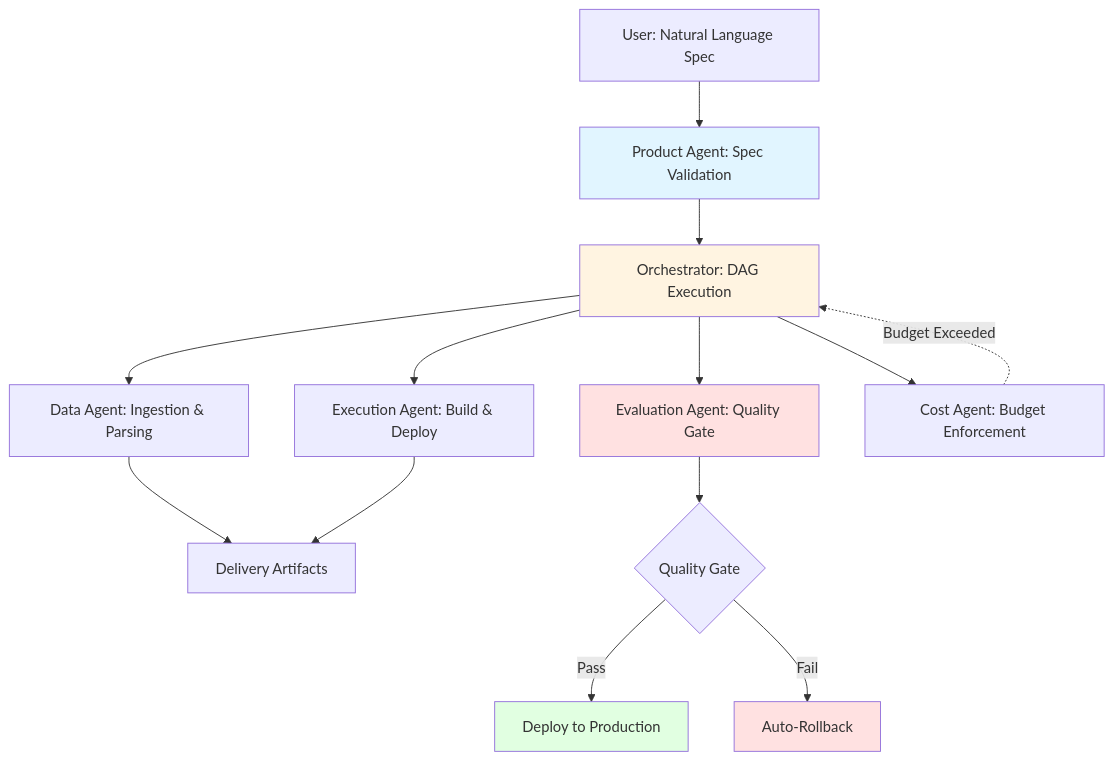
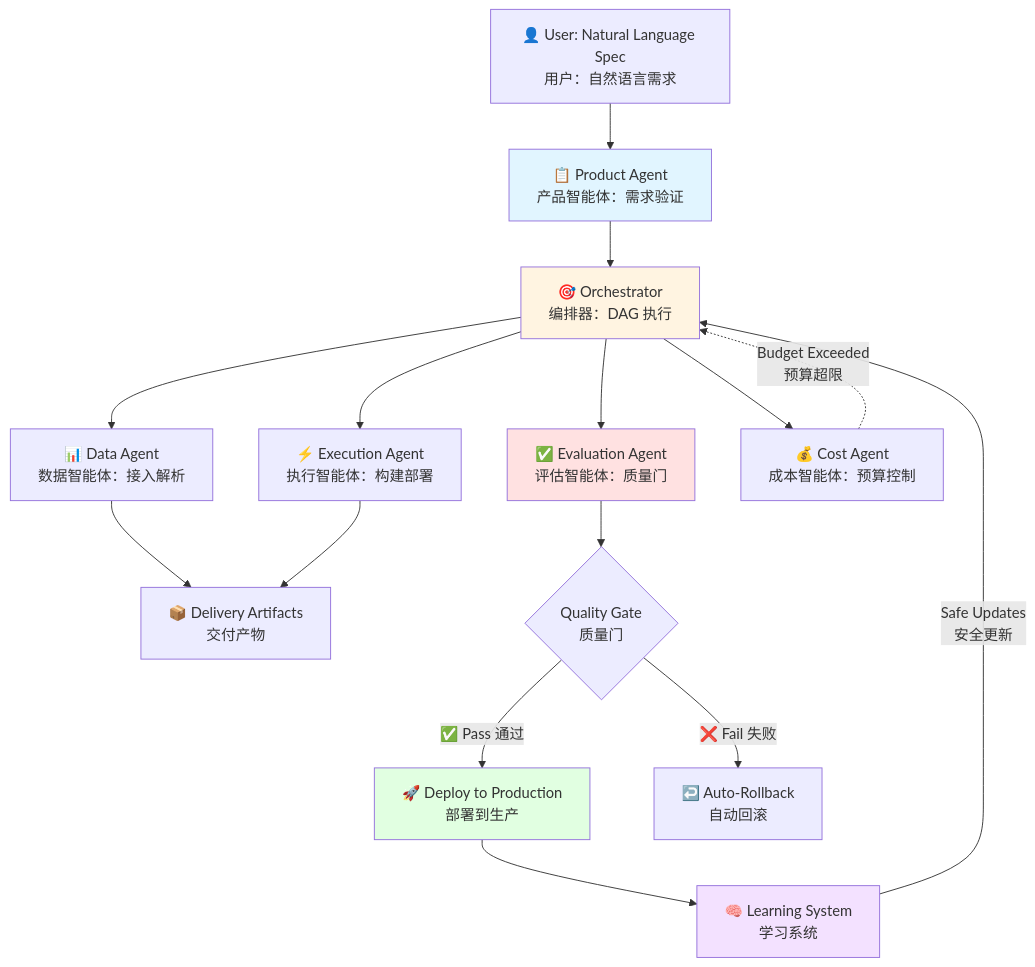
The first of 2 diagrams in README.md (Benjamindaoson/agentic-delivery-os), drawn with Mermaid before and after one commit. The commit also changed other lines of this file, not shown here.

````diff
--- a/README.md
+++ b/README.md
@@ -56,24 +122,28 @@
 ```mermaid
-graph TD
-    User[User: Natural Language Spec] --> Product[Product Agent: Spec Validation]
-    Product --> Orchestrator[Orchestrator: DAG Execution]
-    Orchestrator --> Data[Data Agent: Ingestion & Parsing]
-    Orchestrator --> Execution[Execution Agent: Build & Deploy]
-    Orchestrator --> Evaluation[Evaluation Agent: Quality Gate]
-    Orchestrator --> Cost[Cost Agent: Budget Enforcement]
+graph TB
+    User[👤 User: Natural Language Spec<br/>用户：自然语言需求] --> Product[📋 Product Agent<br/>产品智能体：需求验证]
+    Product --> Orchestrator[🎯 Orchestrator<br/>编排器：DAG 执行]
     
-    Data --> Artifacts[Delivery Artifacts]
+    Orchestrator --> Data[📊 Data Agent<br/>数据智能体：接入解析]
+    Orchestrator --> Execution[⚡ Execution Agent<br/>执行智能体：构建部署]
+    Orchestrator --> Evaluation[✅ Evaluation Agent<br/>评估智能体：质量门]
+    Orchestrator --> Cost[💰 Cost Agent<br/>成本智能体：预算控制]
+    
+    Data --> Artifacts[📦 Delivery Artifacts<br/>交付产物]
     Execution --> Artifacts
-    Evaluation --> Gate{Quality Gate}
+    Evaluation --> Gate{Quality Gate<br/>质量门}
     
-    Gate -->|Pass| Deploy[Deploy to Production]
-    Gate -->|Fail| Rollback[Auto-Rollback]
+    Gate -->|✅ Pass 通过| Deploy[🚀 Deploy to Production<br/>部署到生产]
+    Gate -->|❌ Fail 失败| Rollback[↩️ Auto-Rollback<br/>自动回滚]
     
-    Cost -.->|Budget Exceeded| Orchestrator
+    Deploy --> Learning[🧠 Learning System<br/>学习系统]
+    Learning -->|Safe Updates<br/>安全更新| Orchestrator
+    
+    Cost -.->|Budget Exceeded<br/>预算超限| Orchestrator
     
     style Product fill:#e1f5ff
     style Orchestrator fill:#fff4e1
     style Evaluation fill:#ffe1e1
     style Deploy fill:#e1ffe1
-    style Rollback fill:#ffe1e1
+    style Learning fill:#f3e1ff
 ```
````
